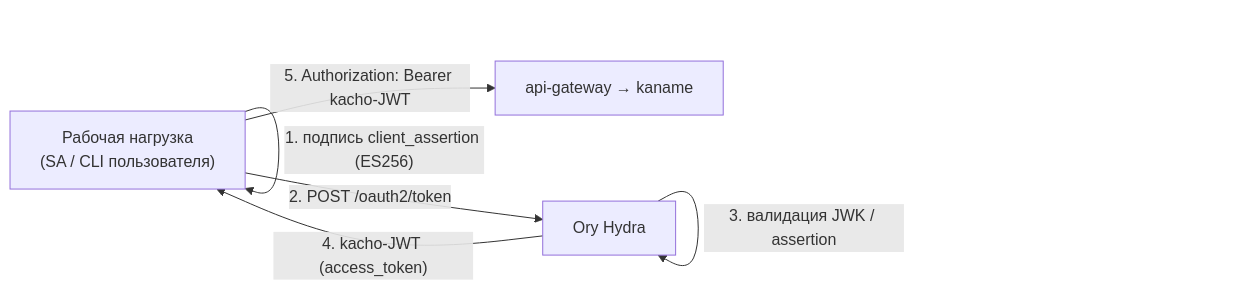
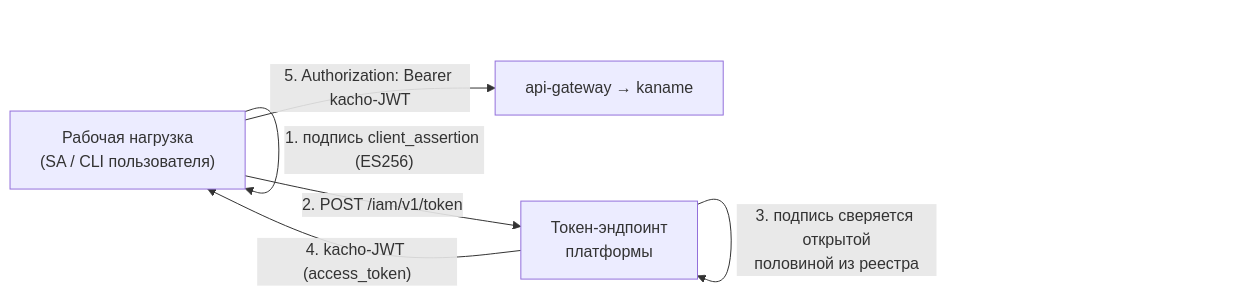
The diagram in services/iam/docs/content/api/tokens.mdx (PRO-Robotech/kacho), drawn with Mermaid before and after one commit. The commit also changed other lines of this file and 47 other files, not shown here.

````diff
--- a/services/iam/docs/content/api/tokens.mdx
+++ b/services/iam/docs/content/api/tokens.mdx
@@ -461,8 +468,8 @@
 ```mermaid
 flowchart LR
   wl["Рабочая нагрузка<br/>(SA / CLI пользователя)"] -->|"1. подпись client_assertion (ES256)"| wl
-  wl -->|"2. POST /oauth2/token"| hydra["Ory Hydra"]
-  hydra -->|"3. валидация JWK / assertion"| hydra
-  hydra -->|"4. kacho-JWT (access_token)"| wl
+  wl -->|"2. POST /iam/v1/token"| iam["Токен-эндпоинт<br/>платформы"]
+  iam -->|"3. подпись сверяется открытой<br/>половиной из реестра"| iam
+  iam -->|"4. kacho-JWT (access_token)"| wl
   wl -->|"5. Authorization: Bearer kacho-JWT"| agw["api-gateway → kaname"]
 ```
````
